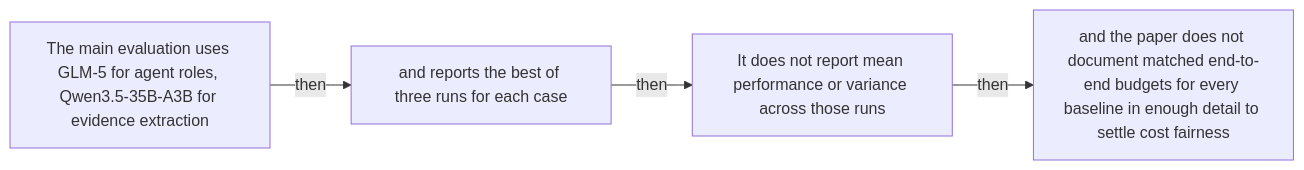
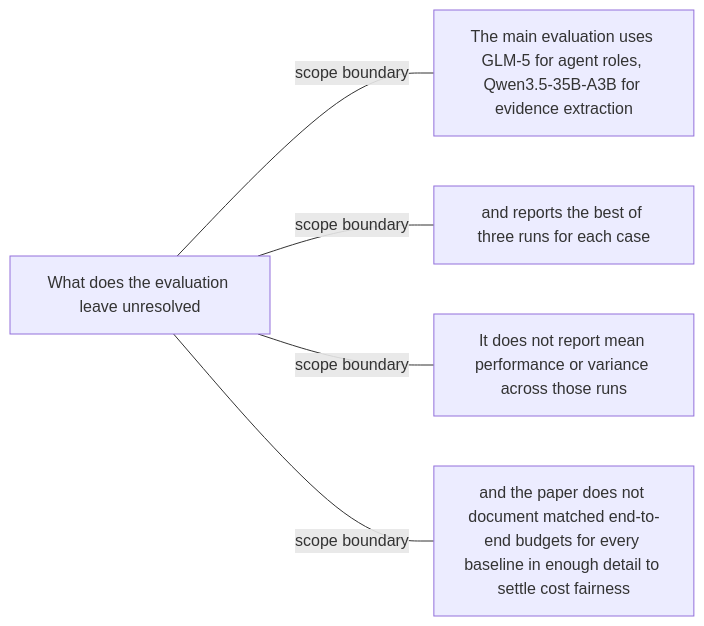
Before and after one commit to Betancourt1/paper_atlas: diagram 39 of 51 in docs/visual-manifests/VISUAL_MANIFEST_SEARCHOS_V1.md, drawn with Mermaid. The commit also changed other lines of this file and 7 other files, not shown here.

````diff
--- a/docs/visual-manifests/VISUAL_MANIFEST_SEARCHOS_V1.md
+++ b/docs/visual-manifests/VISUAL_MANIFEST_SEARCHOS_V1.md
@@ -3305,10 +3315,12 @@
 ```mermaid
 flowchart LR
-  n1["The main evaluation uses GLM-5 for agent roles, Qwen3.5-35B-A3B for evidence extraction"]
-  n2["and reports the best of three runs for each case"]
-  n3["It does not report mean performance or variance across those runs"]
-  n4["and the paper does not document matched end-to-end budgets for every baseline in enough detail to settle cost fairness"]
-  n1 -->|"then"| n2
-  n2 -->|"then"| n3
-  n3 -->|"then"| n4
+  center["What does the evaluation leave unresolved"]
+  f1["The main evaluation uses GLM-5 for agent roles, Qwen3.5-35B-A3B for evidence extraction"]
+  f2["and reports the best of three runs for each case"]
+  f3["It does not report mean performance or variance across those runs"]
+  f4["and the paper does not document matched end-to-end budgets for every baseline in enough detail to settle cost fairness"]
+  center ---|"scope boundary"| f1
+  center ---|"scope boundary"| f2
+  center ---|"scope boundary"| f3
+  center ---|"scope boundary"| f4
 ```
````
